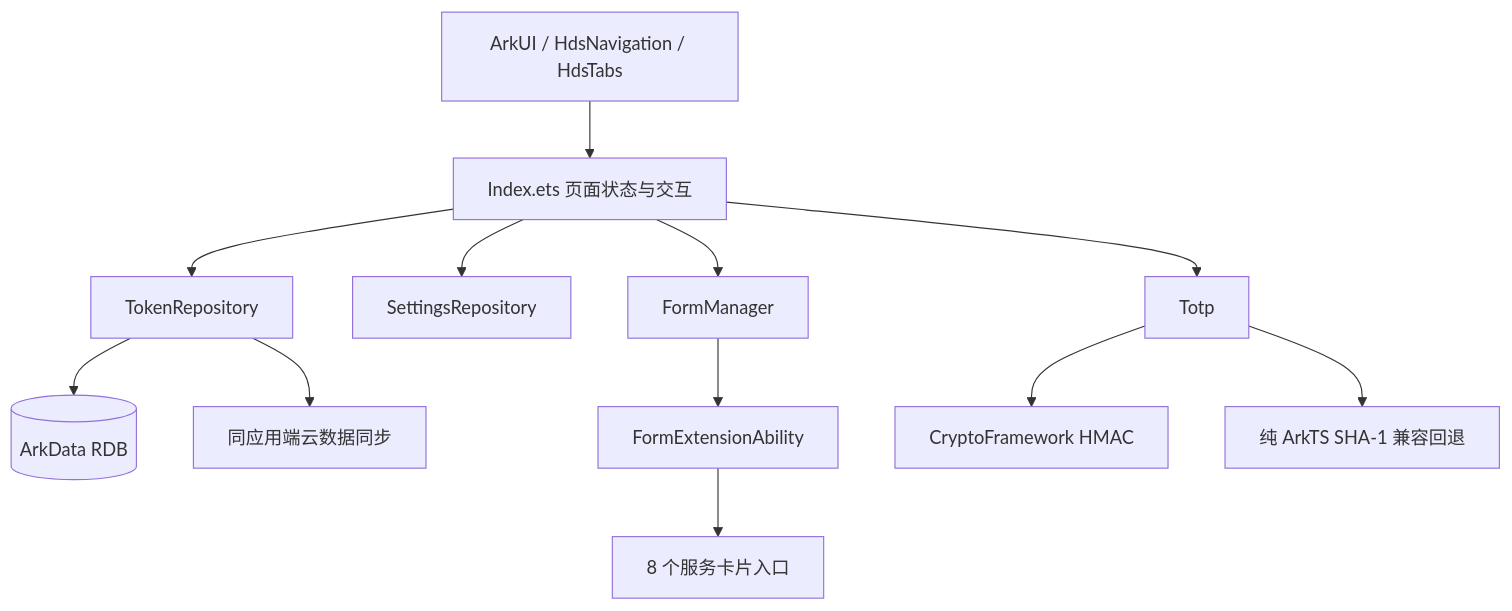
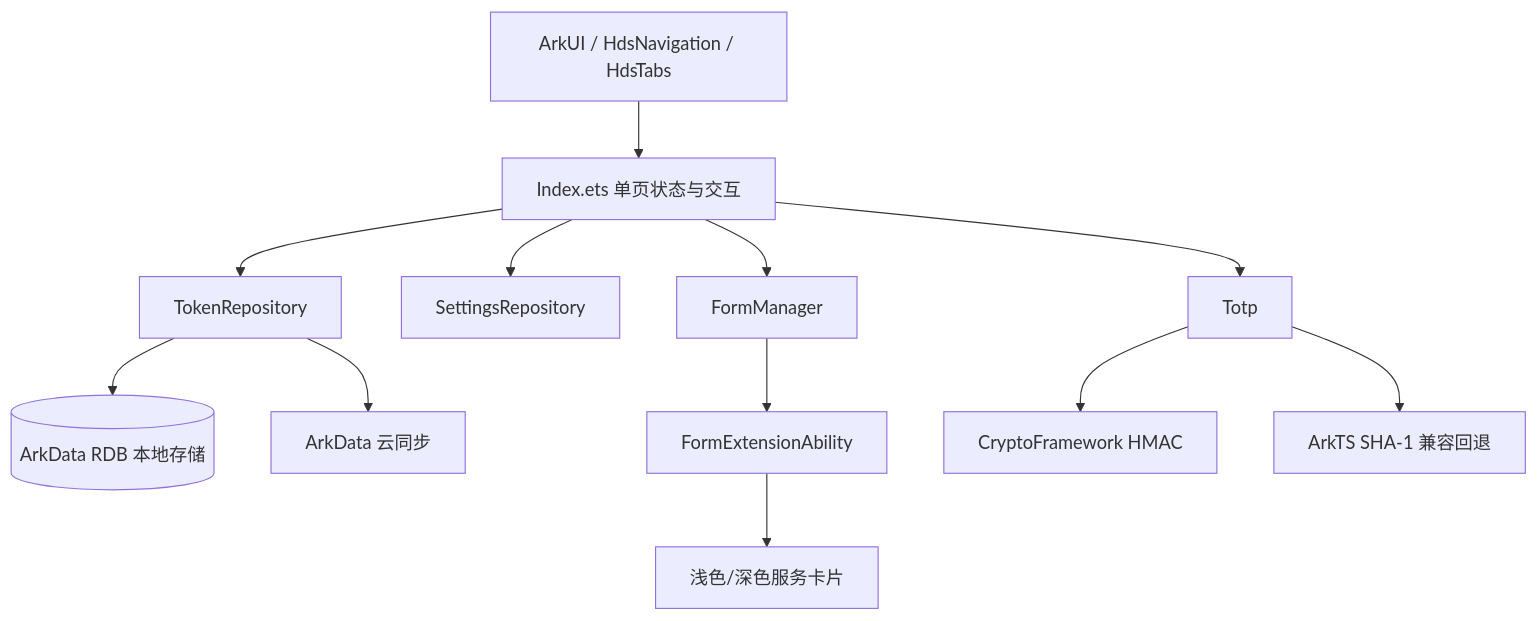
Before and after one commit to zyi07/OpenAuthenticator: the diagram in README.md, drawn with Mermaid. The commit also changed other lines of this file and 60 other files, not shown here.

````diff
--- a/README.md
+++ b/README.md
@@ -55,14 +84,14 @@
 ```mermaid
 flowchart TD
-  A[ArkUI / HdsNavigation / HdsTabs] --> B[Index.ets 页面状态与交互]
-  B --> C[TokenRepository]
-  B --> D[SettingsRepository]
-  B --> E[FormManager]
-  C --> F[(ArkData RDB)]
-  C --> G[同应用端云数据同步]
-  E --> H[FormExtensionAbility]
-  H --> I[8 个服务卡片入口]
-  B --> J[Totp]
-  J --> K[CryptoFramework HMAC]
-  J --> L[纯 ArkTS SHA-1 兼容回退]
+  A["ArkUI / HdsNavigation / HdsTabs"] --> B["Index.ets 单页状态与交互"]
+  B --> C["TokenRepository"]
+  B --> D["SettingsRepository"]
+  B --> E["FormManager"]
+  C --> F[("ArkData RDB 本地存储")]
+  C --> G["ArkData 云同步"]
+  E --> H["FormExtensionAbility"]
+  H --> I["浅色/深色服务卡片"]
+  B --> J["Totp"]
+  J --> K["CryptoFramework HMAC"]
+  J --> L["ArkTS SHA-1 兼容回退"]
 ```
````
